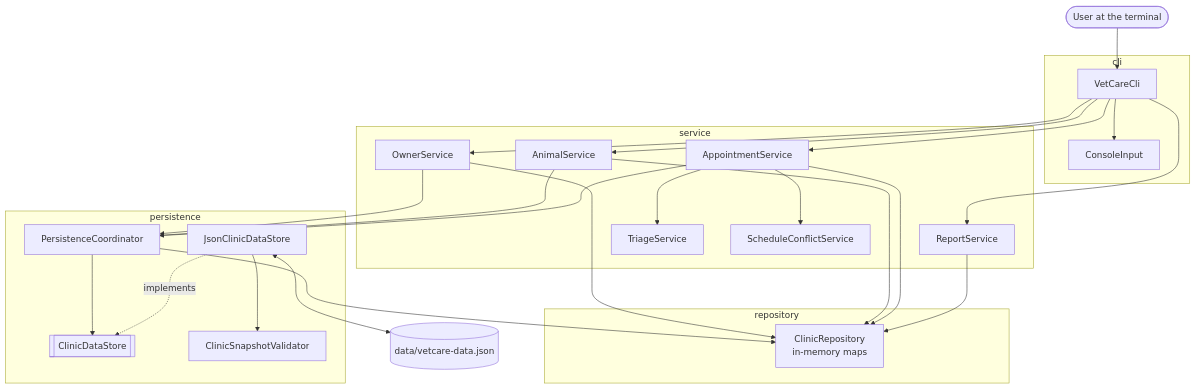
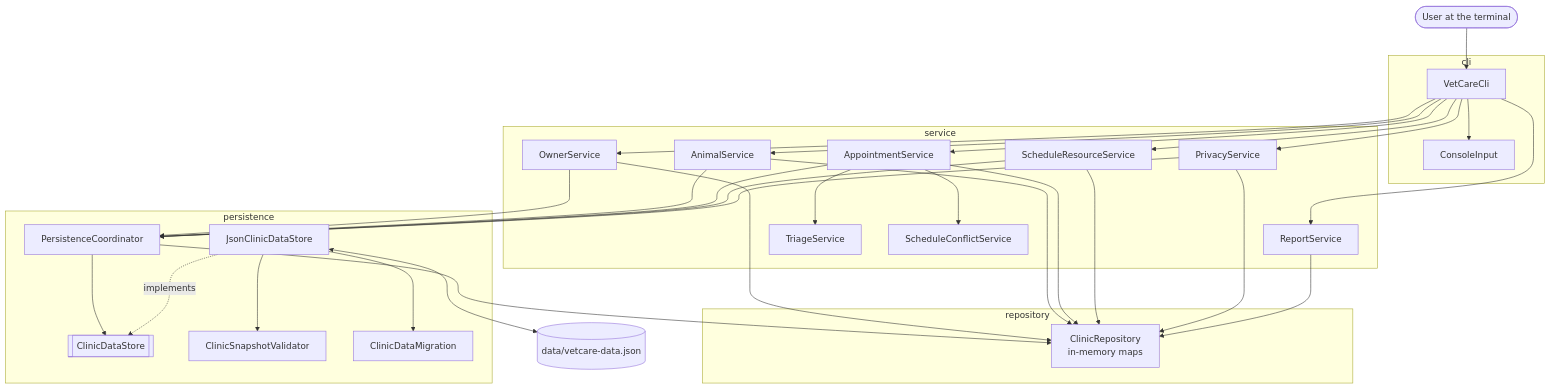
Before and after one commit to Amandadamata/vetcare-scheduler-java: the first of 6 diagrams in docs/ARCHITECTURE.md, drawn with Mermaid. The commit also changed other lines of this file and 5 other files, not shown here.

First line of the commit message:
docs: document schedules, status life cycle, privacy and migration

````diff
--- a/docs/ARCHITECTURE.md
+++ b/docs/ARCHITECTURE.md
@@ -9,36 +9,39 @@
 ```mermaid
 flowchart TD
     User([User at the terminal]) --> CLI
     subgraph cli [cli]
         CLI[VetCareCli] --> Input[ConsoleInput]
     end
     subgraph service [service]
         OS[OwnerService]
         AS[AnimalService]
         APS[AppointmentService]
+        SRS[ScheduleResourceService]
+        PS[PrivacyService]
         RS[ReportService]
         TS[TriageService]
         CS[ScheduleConflictService]
     end
     subgraph repository [repository]
         Repo[ClinicRepository<br/>in-memory maps]
     end
     subgraph persistence [persistence]
         PC[PersistenceCoordinator]
         Store[[ClinicDataStore]]
         Json[JsonClinicDataStore]
         Val[ClinicSnapshotValidator]
+        Mig[ClinicDataMigration]
     end
     File[(data/vetcare-data.json)]
 
-    CLI --> OS & AS & APS & RS
+    CLI --> OS & AS & APS & SRS & PS & RS
     APS --> TS & CS
-    OS & AS & APS --> Repo
-    OS & AS & APS --> PC
+    OS & AS & APS & SRS & PS --> Repo
+    OS & AS & APS & SRS & PS --> PC
     RS --> Repo
     PC --> Repo
     PC --> Store
     Json -. implements .-> Store
-    Json --> Val
+    Json --> Mig & Val
     Json <--> File
 ```
````
